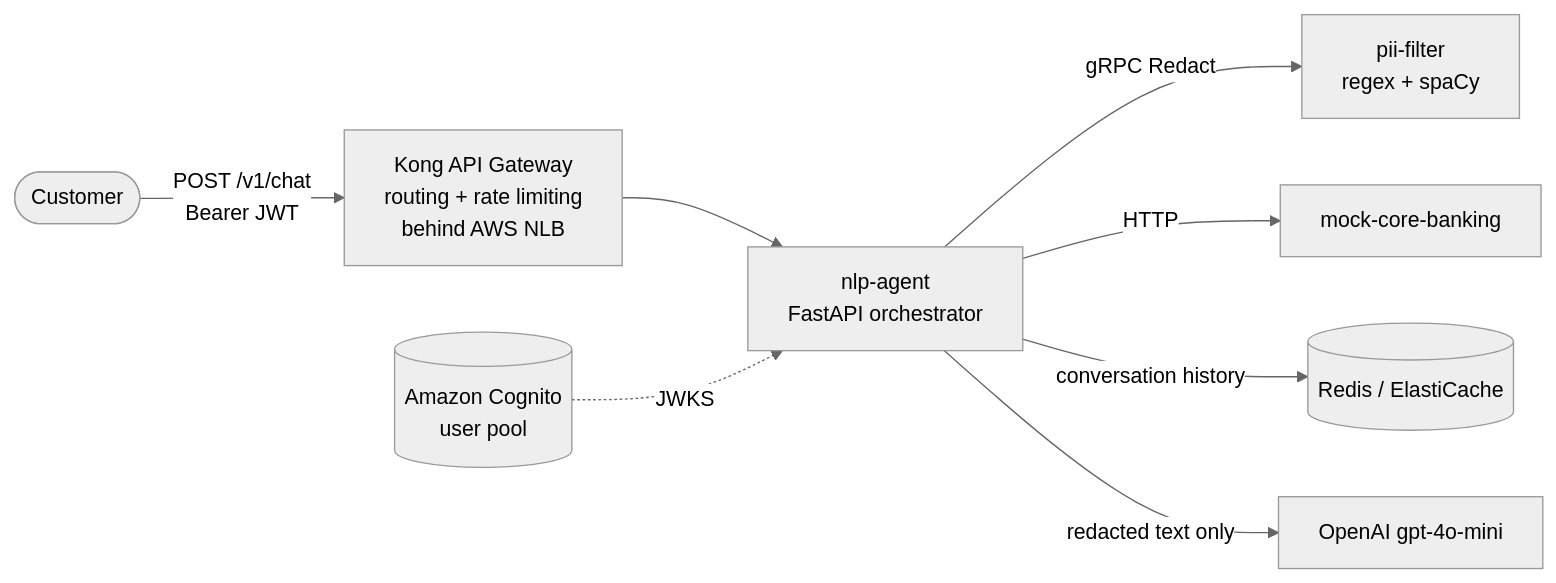
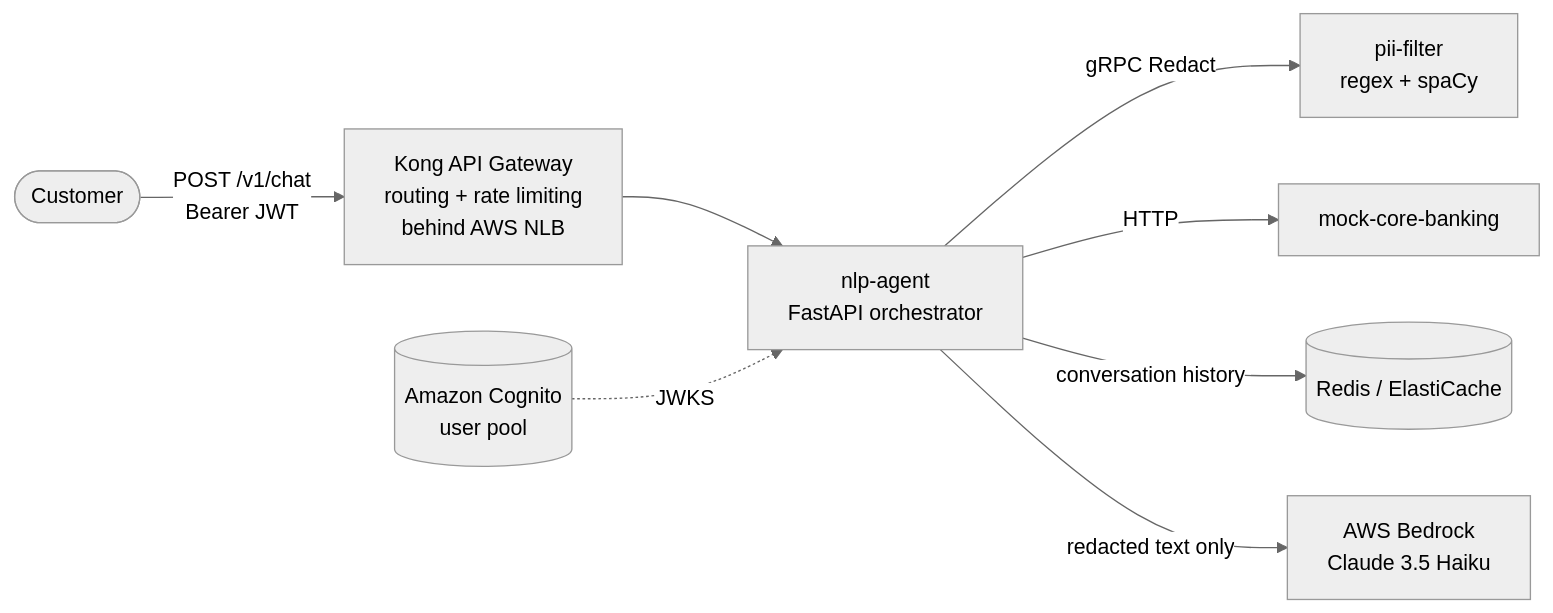
One commit to NorelyJ/omnibank-ai-grupo2-UN changed the diagram in README.md. Above: the diagram before and after it, drawn with Mermaid (neutral theme). The commit also changed other lines of this file, not shown here.

Commit message:
docs: README for keyless Bedrock + local AWS creds

````diff
--- a/README.md
+++ b/README.md
@@ -18,10 +18,10 @@
 ```mermaid
 flowchart LR
     user([Customer]) -->|"POST /v1/chat<br/>Bearer JWT"| kong[Kong API Gateway<br/>routing + rate limiting<br/>behind AWS NLB]
     kong --> agent[nlp-agent<br/>FastAPI orchestrator]
     cognito[(Amazon Cognito<br/>user pool)] -. JWKS .-> agent
     agent -->|gRPC Redact| pii[pii-filter<br/>regex + spaCy]
     agent -->|HTTP| bank[mock-core-banking]
     agent -->|conversation history| redis[(Redis / ElastiCache)]
-    agent -->|redacted text only| openai[OpenAI gpt-4o-mini]
+    agent -->|redacted text only| bedrock[AWS Bedrock<br/>Claude 3.5 Haiku]
 ```
````
